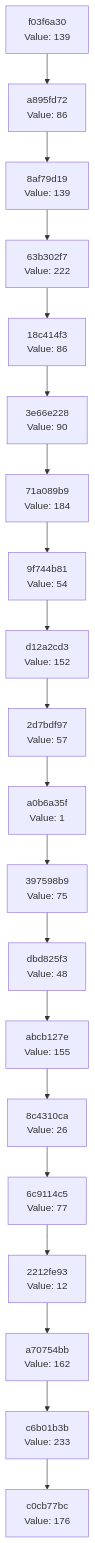
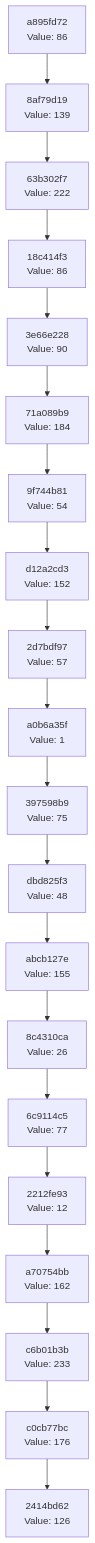
One commit to Abhisheksinha1506/hash-chain-evolver changed the diagram in docs/CHAIN_VISUALIZATION.md. Above: the diagram before and after it, drawn with Mermaid. The commit also changed 3 other files, not shown here.

````diff
--- a/docs/CHAIN_VISUALIZATION.md
+++ b/docs/CHAIN_VISUALIZATION.md
@@ -3,42 +3,42 @@
 ```mermaid
 graph TD
-    C0["c0cb77bc<br/>Value: 176"]
-    C1["c6b01b3b<br/>Value: 233"]
+    C0["2414bd62<br/>Value: 126"]
+    C1["c0cb77bc<br/>Value: 176"]
     C1 --> C0
-    C2["a70754bb<br/>Value: 162"]
+    C2["c6b01b3b<br/>Value: 233"]
     C2 --> C1
-    C3["2212fe93<br/>Value: 12"]
+    C3["a70754bb<br/>Value: 162"]
     C3 --> C2
-    C4["6c9114c5<br/>Value: 77"]
+    C4["2212fe93<br/>Value: 12"]
     C4 --> C3
-    C5["8c4310ca<br/>Value: 26"]
+    C5["6c9114c5<br/>Value: 77"]
     C5 --> C4
-    C6["abcb127e<br/>Value: 155"]
+    C6["8c4310ca<br/>Value: 26"]
     C6 --> C5
-    C7["dbd825f3<br/>Value: 48"]
+    C7["abcb127e<br/>Value: 155"]
     C7 --> C6
-    C8["397598b9<br/>Value: 75"]
+    C8["dbd825f3<br/>Value: 48"]
     C8 --> C7
-    C9["a0b6a35f<br/>Value: 1"]
+    C9["397598b9<br/>Value: 75"]
     C9 --> C8
-    C10["2d7bdf97<br/>Value: 57"]
+    C10["a0b6a35f<br/>Value: 1"]
     C10 --> C9
-    C11["d12a2cd3<br/>Value: 152"]
+    C11["2d7bdf97<br/>Value: 57"]
     C11 --> C10
-    C12["9f744b81<br/>Value: 54"]
+    C12["d12a2cd3<br/>Value: 152"]
     C12 --> C11
-    C13["71a089b9<br/>Value: 184"]
+    C13["9f744b81<br/>Value: 54"]
     C13 --> C12
-    C14["3e66e228<br/>Value: 90"]
+    C14["71a089b9<br/>Value: 184"]
     C14 --> C13
-    C15["18c414f3<br/>Value: 86"]
+    C15["3e66e228<br/>Value: 90"]
     C15 --> C14
-    C16["63b302f7<br/>Value: 222"]
+    C16["18c414f3<br/>Value: 86"]
     C16 --> C15
-    C17["8af79d19<br/>Value: 139"]
+    C17["63b302f7<br/>Value: 222"]
     C17 --> C16
-    C18["a895fd72<br/>Value: 86"]
+    C18["8af79d19<br/>Value: 139"]
     C18 --> C17
-    C19["f03f6a30<br/>Value: 139"]
+    C19["a895fd72<br/>Value: 86"]
     C19 --> C18
 ```
````
